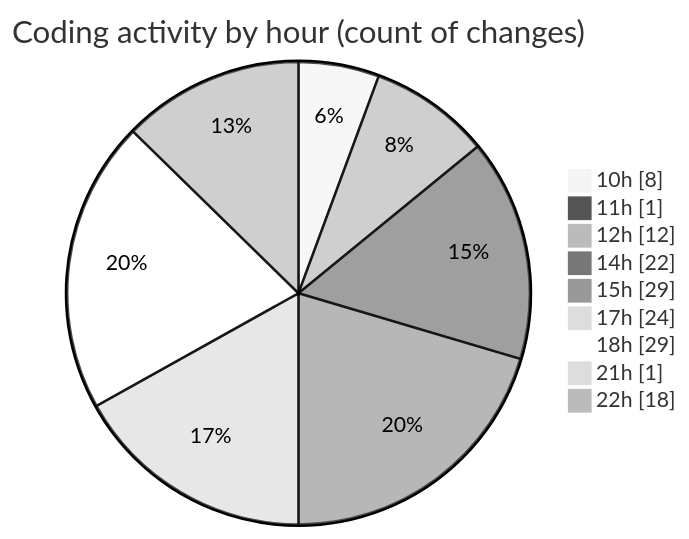
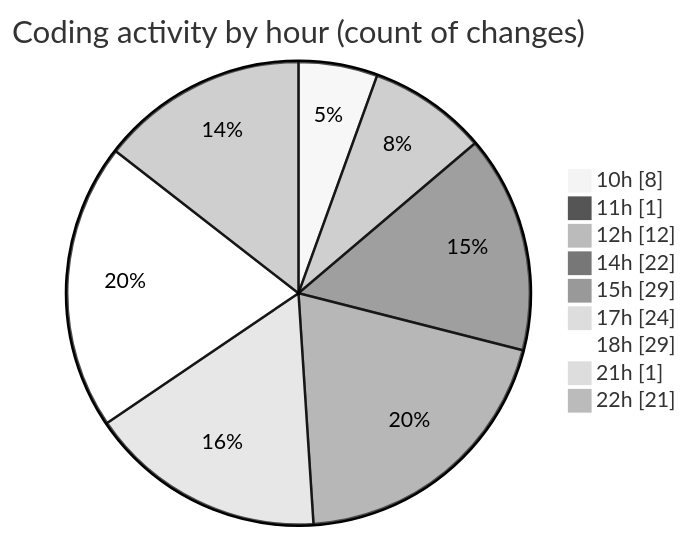
The second of 2 diagrams in 2025-07-31/cda/README.md (momahboobian/code-tracking), drawn with Mermaid (neutral theme) before and after one commit. The commit also changed other lines of this file and 1 other file, not shown here.

````diff
--- a/2025-07-31/cda/README.md
+++ b/2025-07-31/cda/README.md
@@ -41,13 +41,13 @@
 ```mermaid
 pie showData
 title Coding activity by hour (count of changes)
 "10h" : 8
 "11h" : 1
 "12h" : 12
 "14h" : 22
 "15h" : 29
 "17h" : 24
 "18h" : 29
 "21h" : 1
-"22h" : 18
+"22h" : 21
 ```
````
